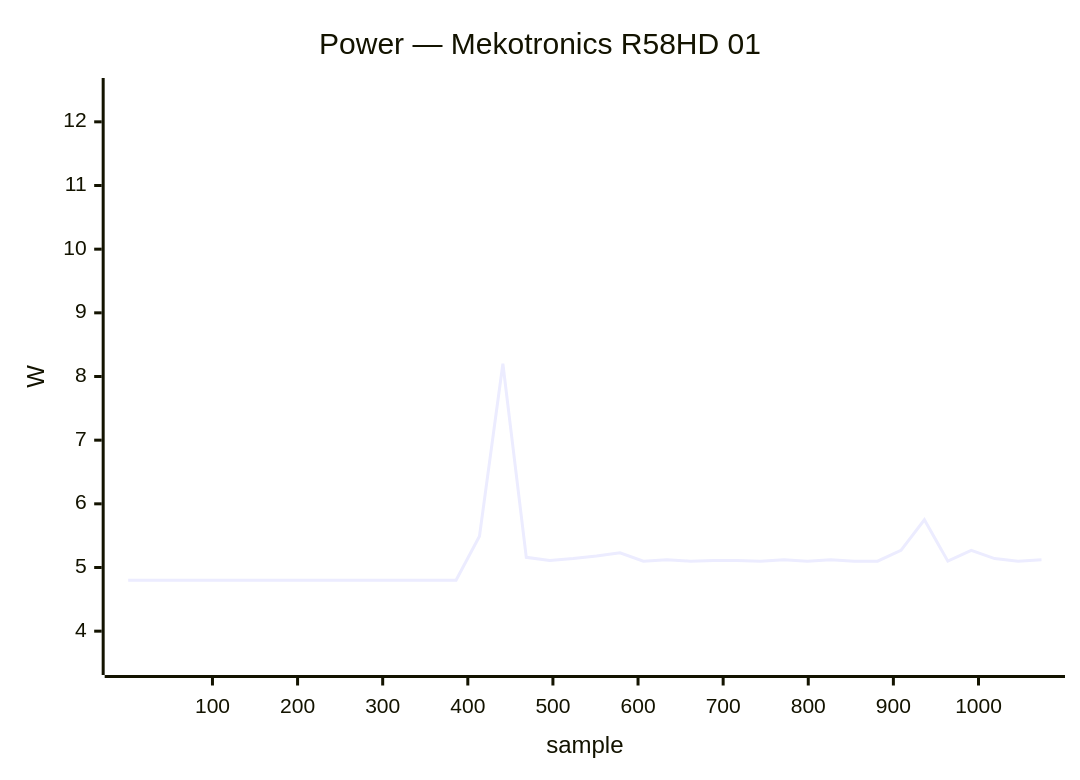
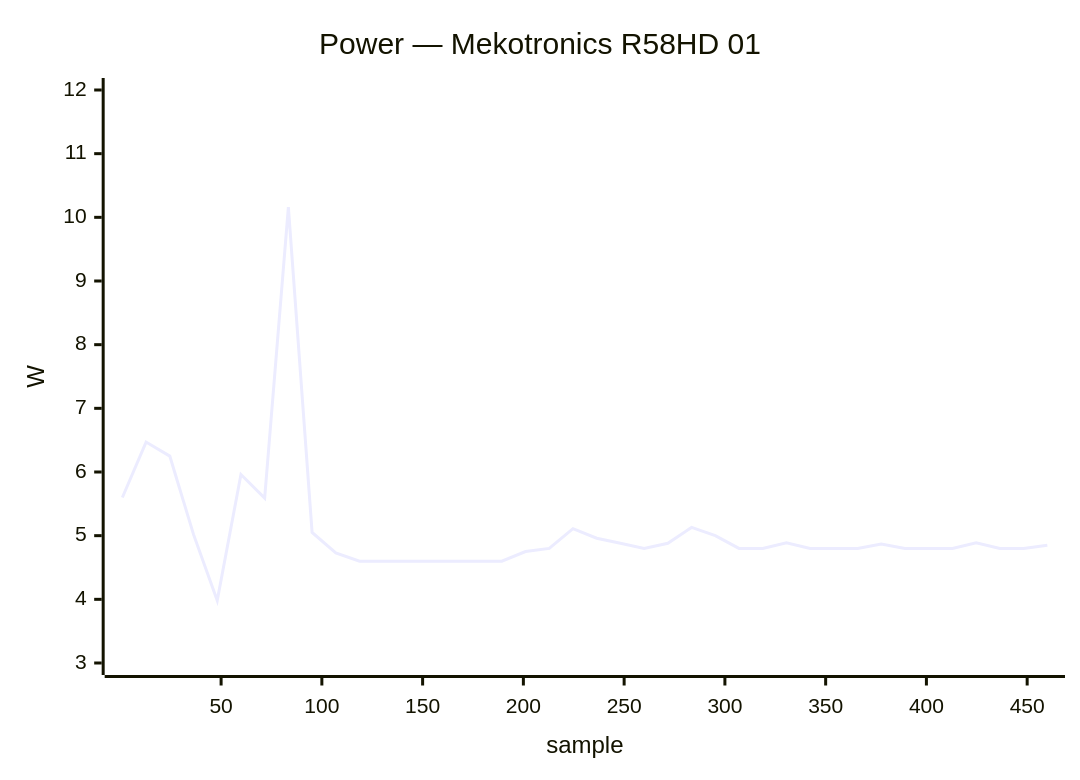
One commit to armbian/documentation changed diagram 14 of 38 in docs/status/board-tests.md. Above: the diagram before and after it, drawn with Mermaid. The commit also changed other lines of this file, not shown here.

````diff
--- a/docs/status/board-tests.md
+++ b/docs/status/board-tests.md
@@ -794,7 +820,7 @@
 ```mermaid
 xychart-beta
     title "Power — Mekotronics R58HD 01"
-    x-axis "sample" 1 --> 1074
-    y-axis "W" 3.5 --> 12.5
-    line [4.80, 4.80, 4.80, 4.80, 4.80, 4.80, 4.80, 4.80, 4.80, 4.80, 4.80, 4.80, 4.80, 4.80, 4.80, 5.49, 8.20, 5.16, 5.11, 5.14, 5.18, 5.23, 5.10, 5.12, 5.10, 5.11, 5.11, 5.10, 5.12, 5.10, 5.12, 5.10, 5.10, 5.27, 5.75, 5.10, 5.27, 5.14, 5.10, 5.12]
+    x-axis "sample" 1 --> 460
+    y-axis "W" 3.0 --> 12.0
+    line [5.60, 6.47, 6.25, 5.02, 3.98, 5.96, 5.59, 10.16, 5.05, 4.73, 4.60, 4.60, 4.60, 4.60, 4.60, 4.60, 4.60, 4.75, 4.80, 5.11, 4.96, 4.88, 4.80, 4.88, 5.13, 5.00, 4.80, 4.80, 4.89, 4.80, 4.80, 4.80, 4.87, 4.80, 4.80, 4.80, 4.89, 4.80, 4.80, 4.85]
 ```
````
